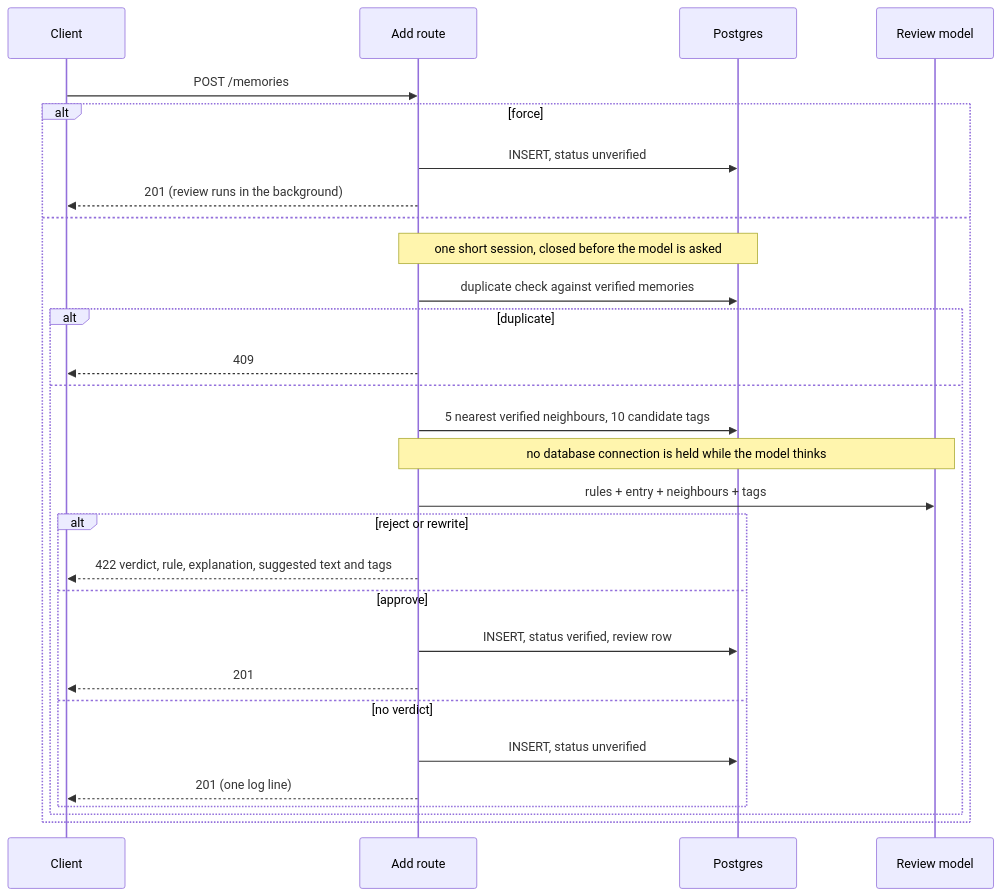
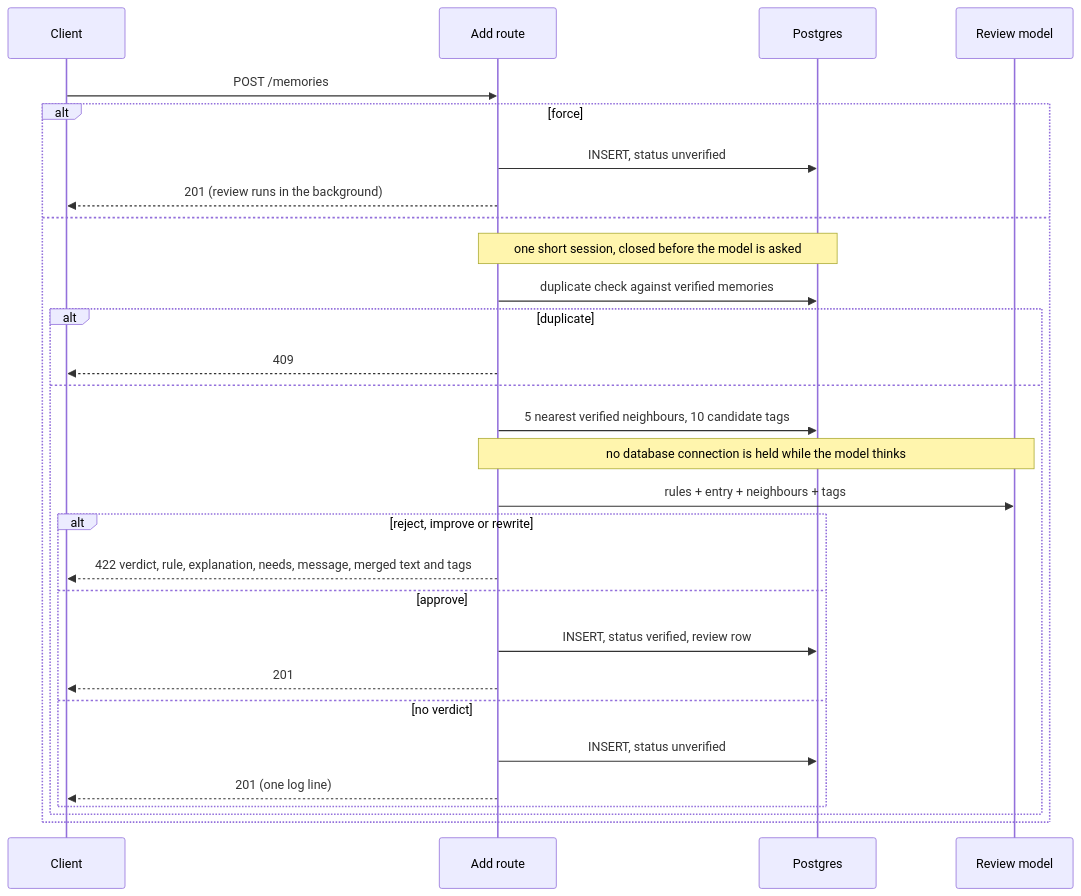
One commit to kdop/agent-memory changed the fourth of 8 diagrams in ARCHITECTURE.md. Above: the diagram before and after it, drawn with Mermaid. The commit also changed other lines of this file and 18 other files, not shown here.

First line of the commit message:
Review: the improve verdict, and the why for three types only (part of #99) (#104)

````diff
--- a/ARCHITECTURE.md
+++ b/ARCHITECTURE.md
@@ -153,32 +153,32 @@
 ```mermaid
 sequenceDiagram
     participant C as Client
     participant A as Add route
     participant D as Postgres
     participant M as Review model
 
     C->>A: POST /memories
     alt force
         A->>D: INSERT, status unverified
         A-->>C: 201 (review runs in the background)
     else
         Note over A,D: one short session, closed before the model is asked
         A->>D: duplicate check against verified memories
         alt duplicate
             A-->>C: 409
         else
             A->>D: 5 nearest verified neighbours, 10 candidate tags
             Note over A,M: no database connection is held while the model thinks
             A->>M: rules + entry + neighbours + tags
-            alt reject or rewrite
-                A-->>C: 422 verdict, rule, explanation, suggested text and tags
+            alt reject, improve or rewrite
+                A-->>C: 422 verdict, rule, explanation, needs, message, merged text and tags
             else approve
                 A->>D: INSERT, status verified, review row
                 A-->>C: 201
             else no verdict
                 A->>D: INSERT, status unverified
                 A-->>C: 201 (one log line)
             end
         end
     end
 ```
````
